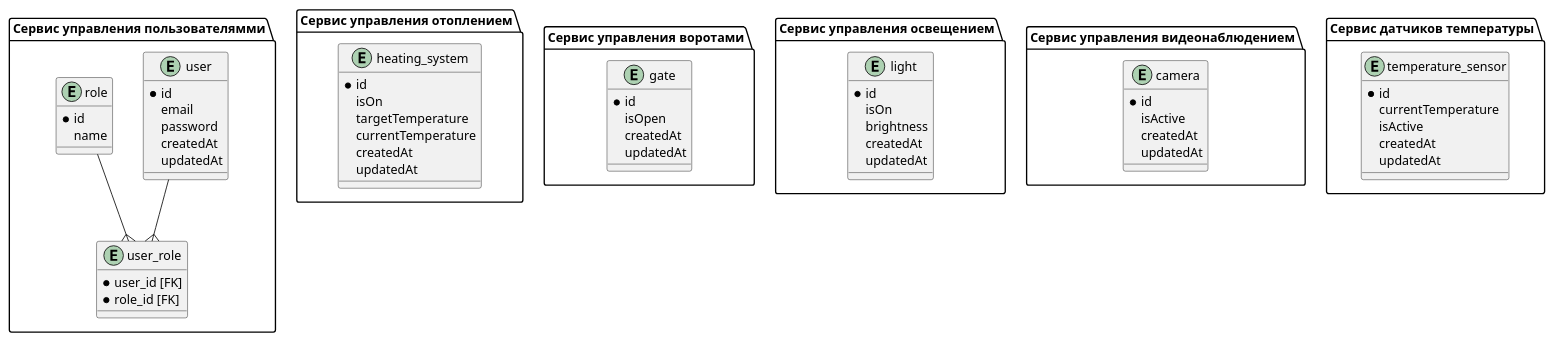
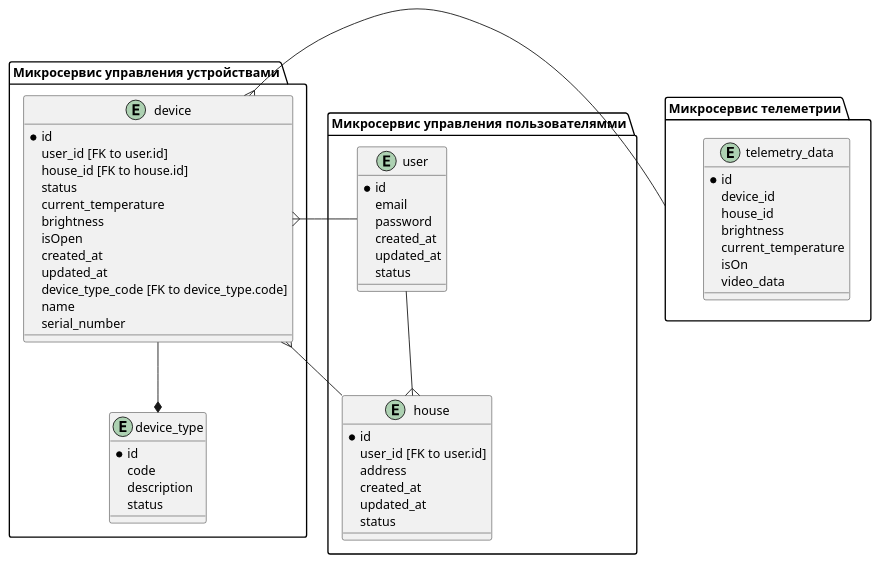
One commit to tkabdullin/arch-sprint-3 changed the diagram in diagrams/ER_microservice-arch.plantuml. Above: the diagram before and after it, drawn with PlantUML. The commit also changed 44 other files, not shown here.

```diff
--- a/diagrams/ER_microservice-arch.plantuml
+++ b/diagrams/ER_microservice-arch.plantuml
@@ -1,73 +1,68 @@
 @startuml
-package user_package as "Сервис управления пользователямми" {
+package user_package as "Микросервис управления пользователямми" {
     entity user {
         * id
         email
         password
-        createdAt
-        updatedAt
+        created_at
+        updated_at
+        status
     }
     
-    entity role {
+    entity house {
         * id
-        name
+        user_id [FK to user.id]
+        address
+        created_at
+        updated_at
+        status
+
     }
-    
-    entity user_role {
-        * user_id [FK]
-        * role_id [FK]
-    }
-    user --{ user_role
-    role --{ user_role
+    user --{ house
+
 }
 
-package heating_package as "Сервис управления отоплением" {
-    entity heating_system {
+package device_package as "Микросервис управления устройствами" {
+    entity device {
         * id
+        user_id [FK to user.id]
+        house_id [FK to house.id]
+        status
+        current_temperature
+        brightness
+        isOpen
+        created_at
+        updated_at
+        device_type_code [FK to device_type.code]
+        name
+        serial_number
+    }
+
+    entity device_type {
+        * id
+        code 
+        description
+        status
+    }
+
+    device --* device_type
+}
+
+package telemetry as "Микросервис телеметрии" {
+    entity telemetry_data {
+        * id
+        device_id
+        house_id
+        brightness
+        current_temperature
         isOn
-        targetTemperature
-        currentTemperature
-        createdAt
-        updatedAt
+        video_data
     }
 }
 
-package gate_package as "Сервис управления воротами" {
-    entity gate {
-        * id
-        isOpen
-        createdAt
-        updatedAt
-    }
-}
+house -L-{ device
+user -L-{ device
 
-package light_package as "Сервис управления освещением" {
-    entity light {
-        * id
-        isOn
-        brightness
-        createdAt
-        updatedAt
-    }
-}
-
-package surveillance_package as "Сервис управления видеонаблюдением" {
-    entity camera {
-        * id
-        isActive
-        createdAt
-        updatedAt
-    }
-}
-
-package temperature_sensor_package as "Сервис датчиков температуры" {
-    entity temperature_sensor {
-        * id
-        currentTemperature
-        isActive
-        createdAt
-        updatedAt
-    }
-}
+telemetry -R-{ device
 
 @enduml
```
